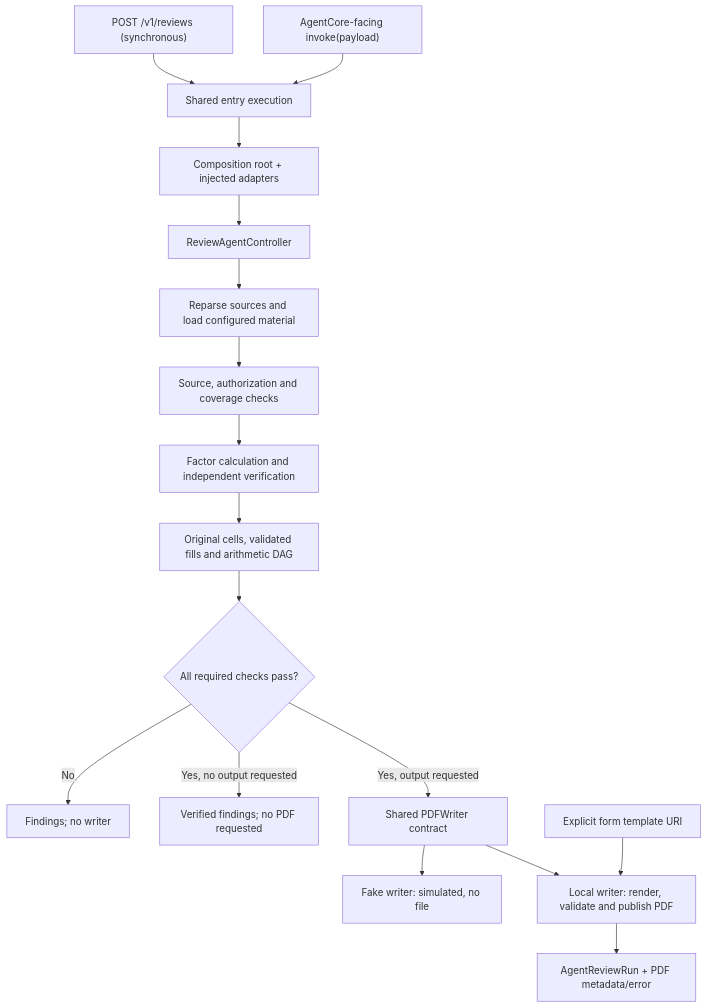
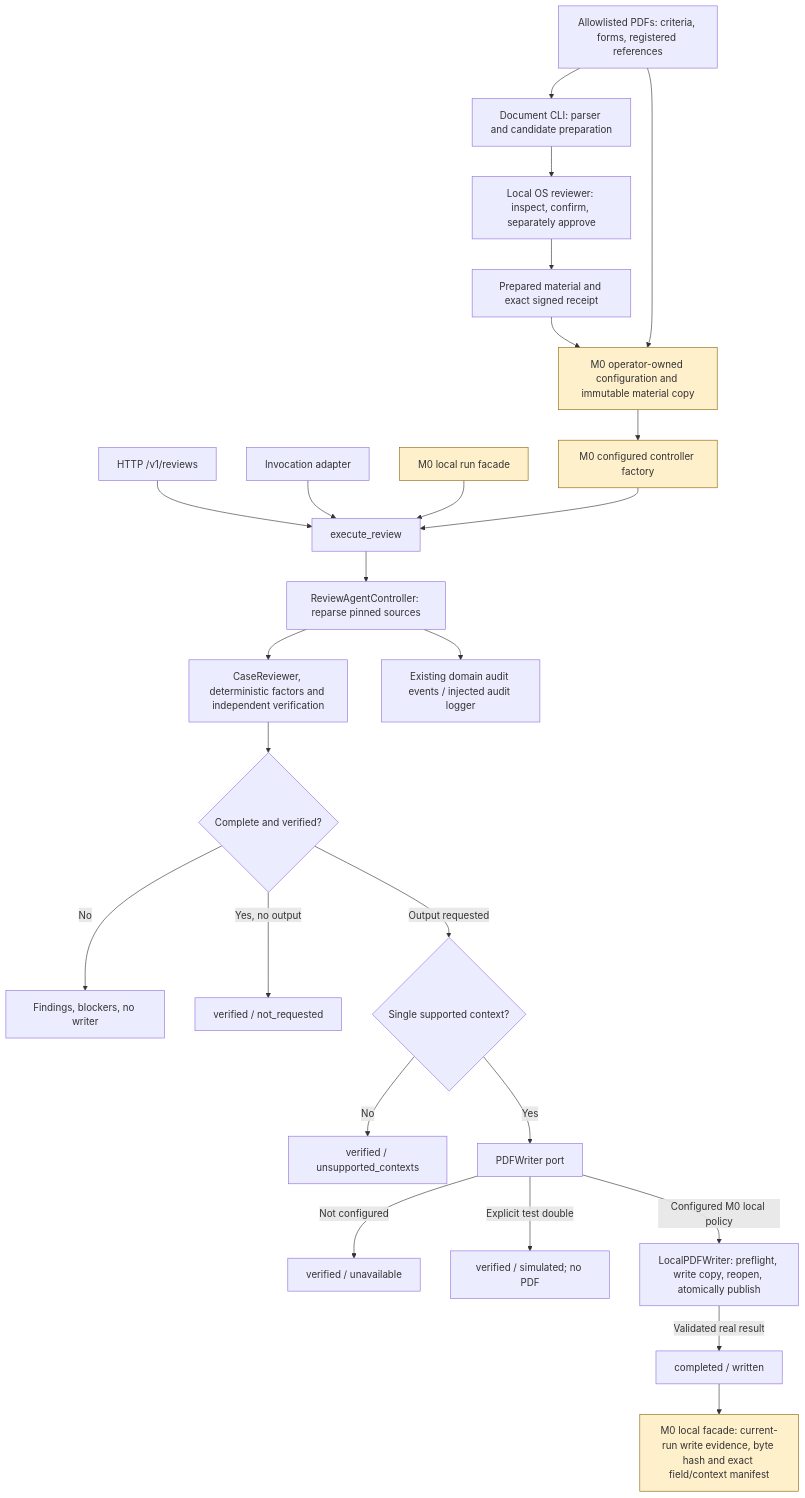
Before and after one commit to chengruchou/newtaipei-appraisal-review-ai: the first of 2 diagrams in docs/architecture.md, drawn with Mermaid. The commit also changed other lines of this file and 43 other files, not shown here.

Commit message:
feat: add shared service contracts and configured local review

````diff
--- a/docs/architecture.md
+++ b/docs/architecture.md
@@ -19,19 +16,29 @@
 ```mermaid
 flowchart TD
-    API["POST /v1/reviews (synchronous)"] --> ENTRY["Shared entry execution"]
-    INV["AgentCore-facing invoke(payload)"] --> ENTRY
-    ENTRY --> BOOT["Composition root + injected adapters"]
-    BOOT --> C["ReviewAgentController"]
-    C --> P["Reparse sources and load configured material"]
-    P --> CASE["Source, authorization and coverage checks"]
-    CASE --> E["Factor calculation and independent verification"]
-    E --> V["Original cells, validated fills and arithmetic DAG"]
-    V --> GATE{"All required checks pass?"}
-    GATE -->|No| F["Findings; no writer"]
-    GATE -->|Yes, no output requested| DONE["Verified findings; no PDF requested"]
-    GATE -->|Yes, output requested| W["Shared PDFWriter contract"]
-    W --> FAKE["Fake writer: simulated, no file"]
-    T["Explicit form template URI"] --> REAL
-    W --> REAL["Local writer: render, validate and publish PDF"]
-    REAL --> R["AgentReviewRun + PDF metadata/error"]
+    DOC["Allowlisted PDFs: criteria, forms, registered references"] --> PREP["Document CLI: parser and candidate preparation"]
+    PREP --> HUMAN["Local OS reviewer: inspect, confirm, separately approve"]
+    HUMAN --> MAT["Prepared material and exact signed receipt"]
+    MAT --> CONFIG["M0 operator-owned configuration and immutable material copy"]
+    DOC --> CONFIG
+    CONFIG --> FACTORY["M0 configured controller factory"]
+    HTTP["HTTP /v1/reviews"] --> ENTRY["execute_review"]
+    INVOKE["Invocation adapter"] --> ENTRY
+    FACADE["M0 local run facade"] --> ENTRY
+    FACTORY --> ENTRY
+    ENTRY --> CORE["ReviewAgentController: reparse pinned sources"]
+    CORE --> REVIEW["CaseReviewer, deterministic factors and independent verification"]
+    REVIEW --> GATE{"Complete and verified?"}
+    GATE -->|No| FIND["Findings, blockers, no writer"]
+    GATE -->|Yes, no output| VERIFIED["verified / not_requested"]
+    GATE -->|Output requested| CONTEXT{"Single supported context?"}
+    CONTEXT -->|No| UNSUPPORTED["verified / unsupported_contexts"]
+    CONTEXT -->|Yes| WRITER["PDFWriter port"]
+    WRITER -->|Not configured| UNAVAILABLE["verified / unavailable"]
+    WRITER -->|Explicit test double| SIMULATED["verified / simulated; no PDF"]
+    WRITER -->|Configured M0 local policy| REAL["LocalPDFWriter: preflight, write copy, reopen, atomically publish"]
+    REAL -->|Validated real result| COMPLETED["completed / written"]
+    COMPLETED --> MANIFEST["M0 local facade: current-run write evidence, byte hash and exact field/context manifest"]
+    CORE --> AUDIT["Existing domain audit events / injected audit logger"]
+    classDef m0 fill:#fff0cc,stroke:#8b6508
+    class CONFIG,FACTORY,FACADE,MANIFEST m0
 ```
````
